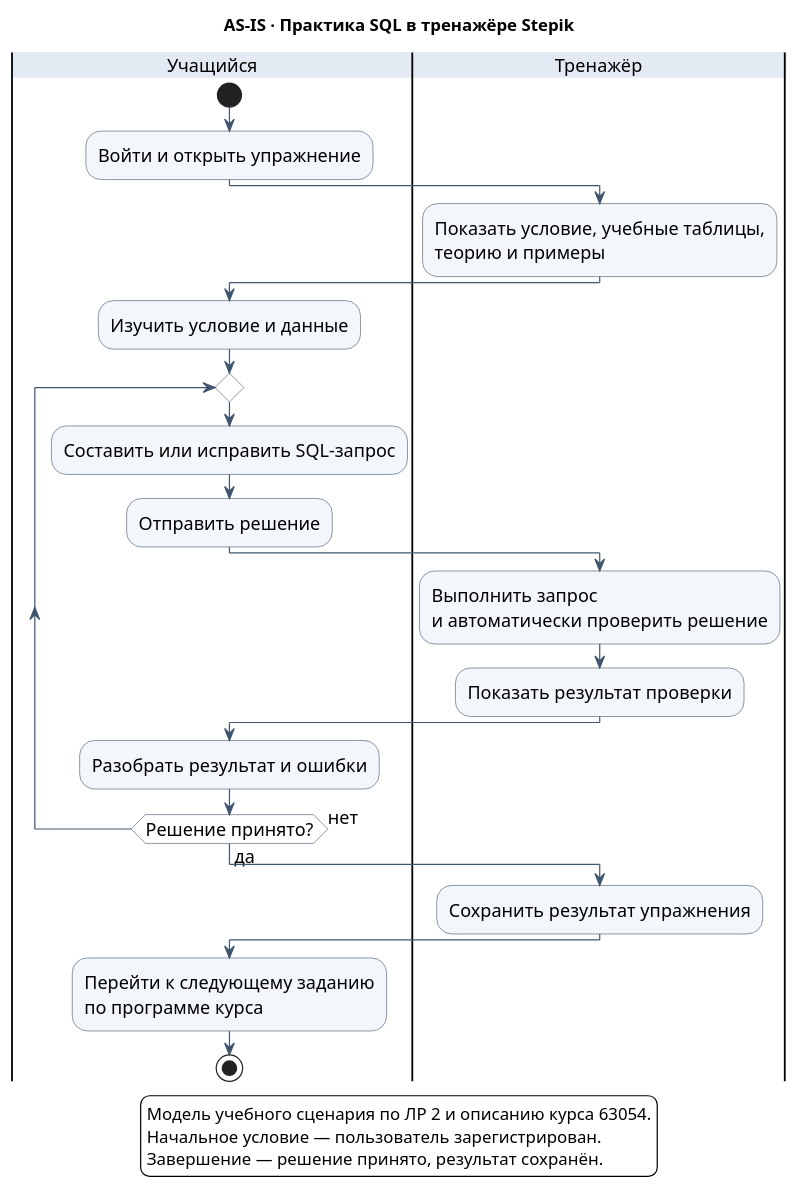
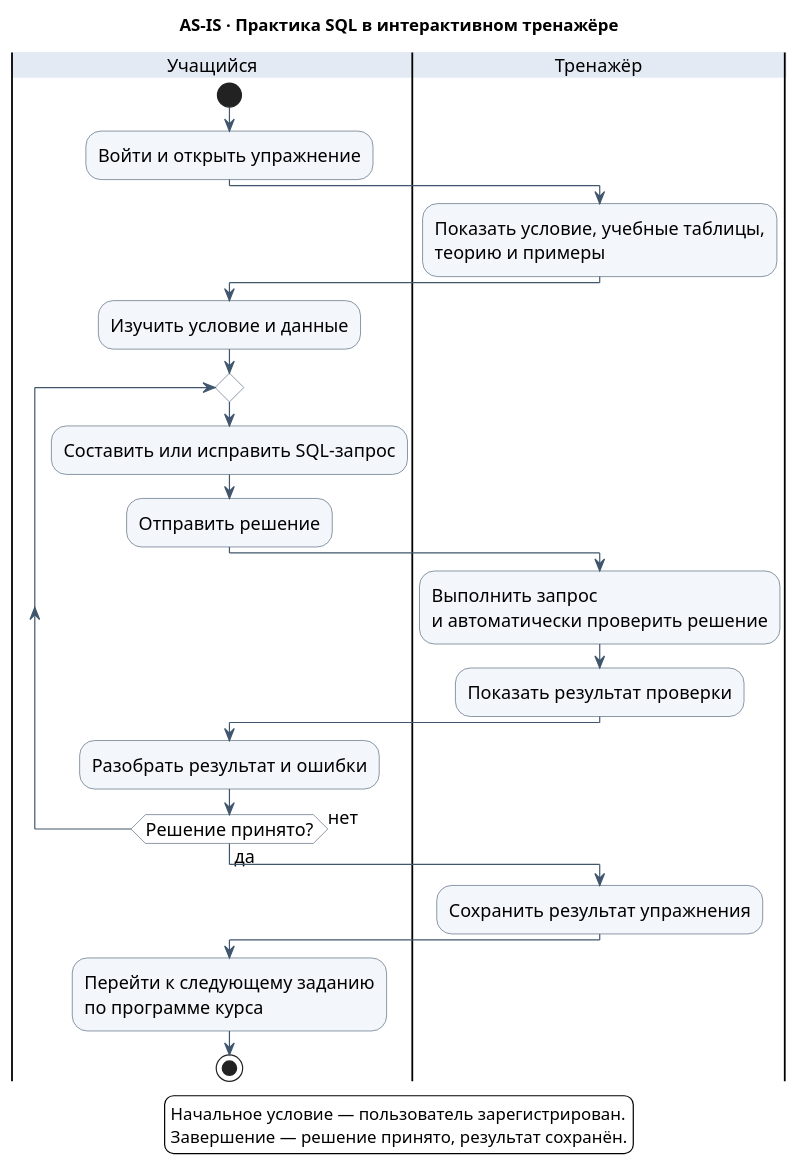
One commit to cicada-pops/vkr changed the diagram in assets/learning-as-is.puml. Above: the diagram before and after it, drawn with PlantUML. The commit also changed 17 other files, not shown here.

```diff
--- a/assets/learning-as-is.puml
+++ b/assets/learning-as-is.puml
@@ -1,39 +1,38 @@
 @startuml
 skinparam defaultFontName Arial
 skinparam defaultFontSize 15
 skinparam backgroundColor white
 skinparam shadowing false
 skinparam ArrowColor #40566D
 skinparam activityBackgroundColor #F3F6FA
 skinparam activityBorderColor #40566D
 skinparam activityDiamondBackgroundColor #FFFFFF
 skinparam activityDiamondBorderColor #40566D
 skinparam swimlaneTitleBackgroundColor #E3EAF3
-title AS-IS · Практика SQL в тренажёре Stepik
+title AS-IS · Практика SQL в интерактивном тренажёре
 |Учащийся|
 start
 :Войти и открыть упражнение;
 |Тренажёр|
 :Показать условие, учебные таблицы,\nтеорию и примеры;
 |Учащийся|
 :Изучить условие и данные;
 repeat
   :Составить или исправить SQL-запрос;
   :Отправить решение;
   |Тренажёр|
   :Выполнить запрос\nи автоматически проверить решение;
   :Показать результат проверки;
   |Учащийся|
   :Разобрать результат и ошибки;
 repeat while (Решение принято?) is (нет) not (да)
 |Тренажёр|
 :Сохранить результат упражнения;
 |Учащийся|
 :Перейти к следующему заданию\nпо программе курса;
 stop
 legend bottom
-  Модель учебного сценария по ЛР 2 и описанию курса 63054.
   Начальное условие — пользователь зарегистрирован.
   Завершение — решение принято, результат сохранён.
 endlegend
 @enduml
```
